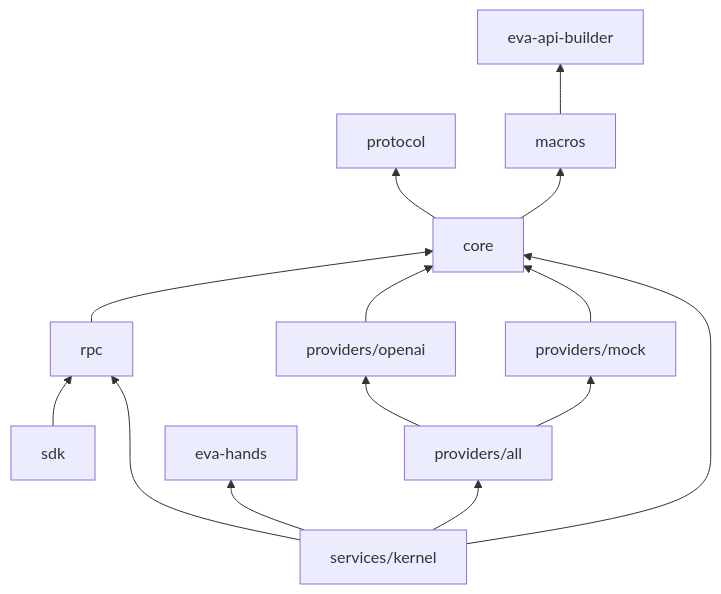
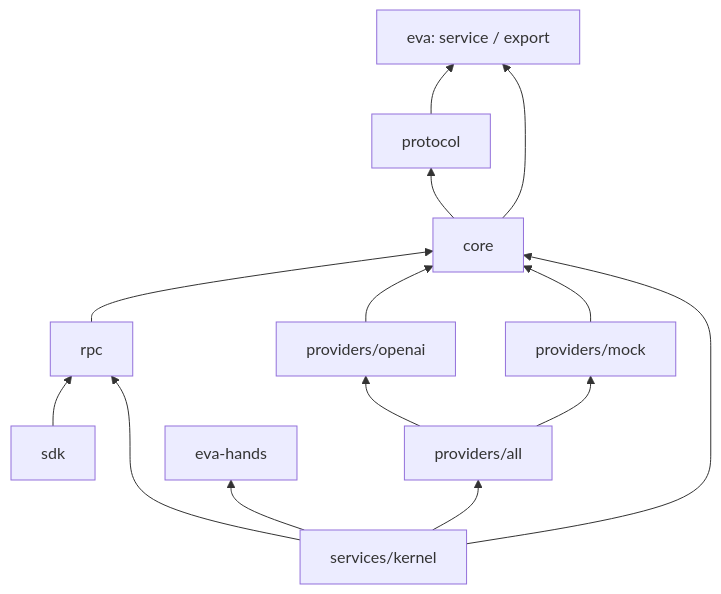
The second of 3 diagrams in docs/src/architecture.md (eva-rs/kernel), drawn with Mermaid before and after one commit. The commit also changed other lines of this file and 121 other files, not shown here.

````diff
--- a/docs/src/architecture.md
+++ b/docs/src/architecture.md
@@ -45,16 +44,16 @@
 ```mermaid
 flowchart BT
   core --> protocol
-  core --> macros
-  macros --> builder["eva-api-builder"]
+  protocol --> eva["eva: service / export"]
+  core --> eva
   rpc --> core
   openai["providers/openai"] --> core
   mock["providers/mock"] --> core
   all["providers/all"] --> openai
   all --> mock
   sdk --> rpc
   kernel["services/kernel"] --> core
   kernel --> rpc
   kernel --> all
   kernel --> hands["eva-hands"]
 ```
````
